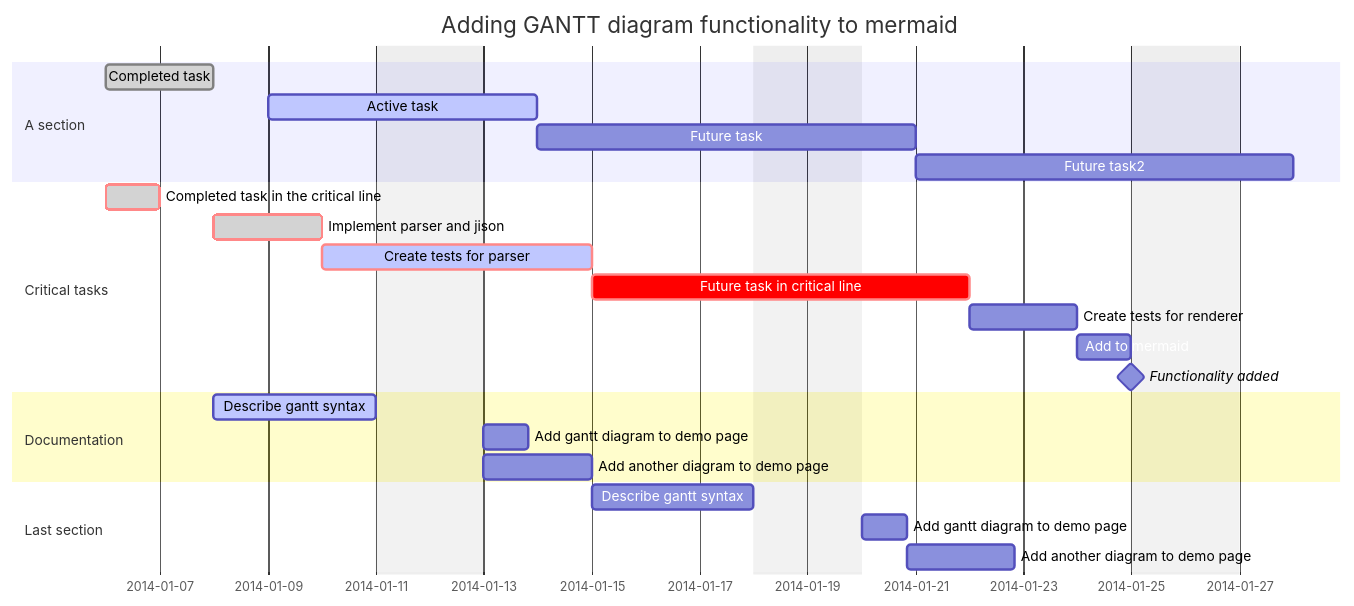
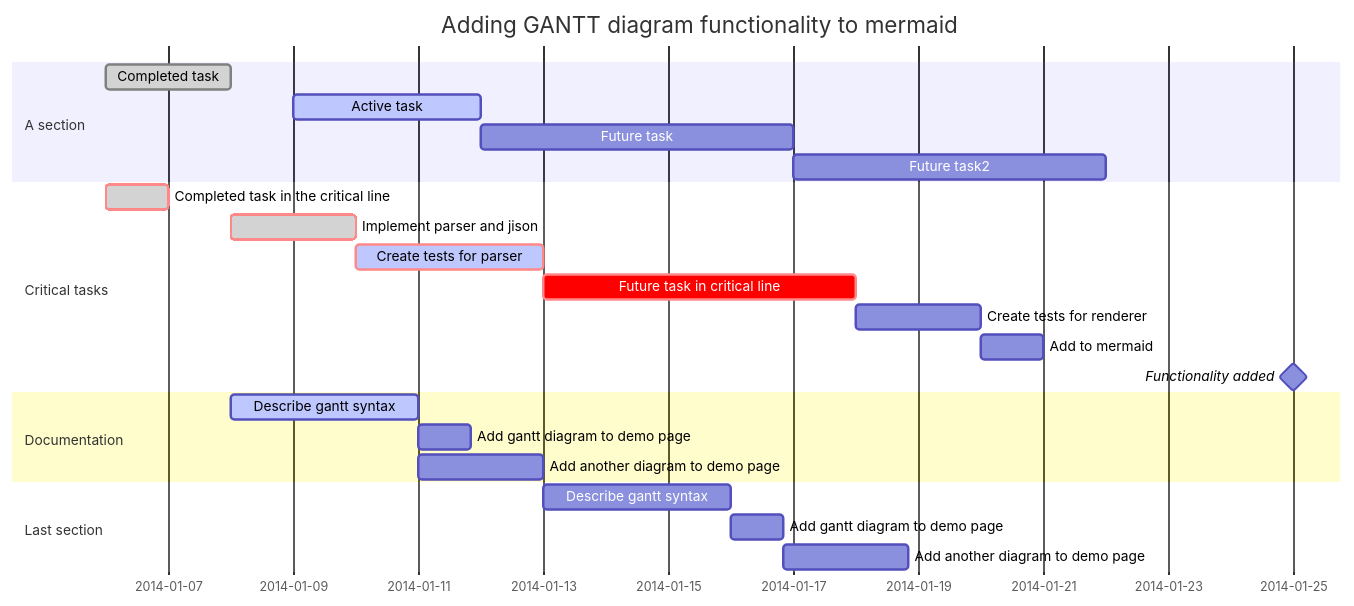
Before and after one commit to loreno-heer/al-folio: the diagram in _posts/2023-05-05-python-on-the-web.md, drawn with Mermaid. The commit also changed other lines of this file, not shown here.

```diff
--- a/_posts/2023-05-05-python-on-the-web.md
+++ b/_posts/2023-05-05-python-on-the-web.md
@@ -50,32 +48,30 @@
 {% mermaid %}
 gantt
     dateFormat  YYYY-MM-DD
     title       Adding GANTT diagram functionality to mermaid
-    excludes    weekends
-    %% (`excludes` accepts specific dates in YYYY-MM-DD format, days of the week ("sunday") or "weekends", but not the word "weekdays".)
 
     section A section
     Completed task            :done,    des1, 2014-01-06,2014-01-08
     Active task               :active,  des2, 2014-01-09, 3d
     Future task               :         des3, after des2, 5d
     Future task2              :         des4, after des3, 5d
 
     section Critical tasks
     Completed task in the critical line :crit, done, 2014-01-06,24h
     Implement parser and jison          :crit, done, after des1, 2d
     Create tests for parser             :crit, active, 3d
     Future task in critical line        :crit, 5d
     Create tests for renderer           :2d
     Add to mermaid                      :1d
     Functionality added                 :milestone, 2014-01-25, 0d
 
     section Documentation
     Describe gantt syntax               :active, a1, after des1, 3d
     Add gantt diagram to demo page      :after a1  , 20h
     Add another diagram to demo page    :doc1, after a1  , 48h
 
     section Last section
     Describe gantt syntax               :after doc1, 3d
     Add gantt diagram to demo page      :20h
     Add another diagram to demo page    :48h
 {% endmermaid %}
```
